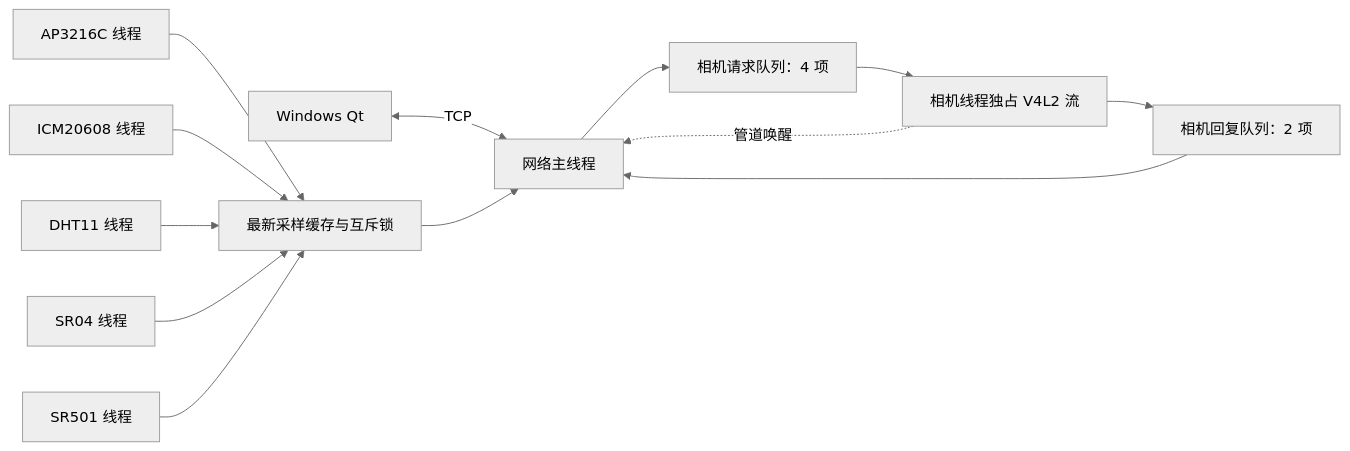
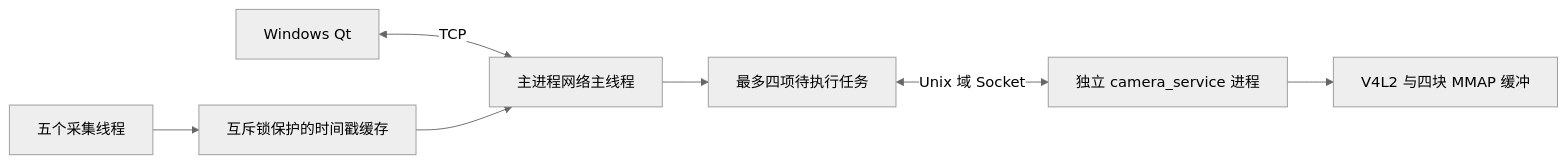
The diagram in docs/architecture.md (anyway-sc/imx6ull-inspection-terminal), drawn with Mermaid (neutral theme) before and after one commit. The commit also changed other lines of this file and 10 other files, not shown here.

````diff
--- a/docs/architecture.md
+++ b/docs/architecture.md
@@ -7,15 +9,9 @@
 ```mermaid
 flowchart LR
-    AP[AP3216C 线程] --> Cache[最新采样缓存与互斥锁]
-    IMU[ICM20608 线程] --> Cache
-    DHT[DHT11 线程] --> Cache
-    SR04[SR04 线程] --> Cache
-    SR501[SR501 线程] --> Cache
-    Qt[Windows Qt] <-->|TCP| Network[网络主线程]
+    Qt[Windows Qt] <-->|TCP| Network[主进程网络主线程]
+    Sensors[五个采集线程] --> Cache[互斥锁保护的时间戳缓存]
     Cache --> Network
-    Network --> Jobs[相机请求队列：4 项]
-    Jobs --> Camera[相机线程独占 V4L2 流]
-    Camera --> Replies[相机回复队列：2 项]
-    Replies --> Network
-    Camera -.管道唤醒.-> Network
+    Network --> Jobs[最多四项待执行任务]
+    Jobs <-->|Unix 域 Socket| Camera[独立 camera_service 进程]
+    Camera --> V4L2[V4L2 与四块 MMAP 缓冲]
 ```
````
